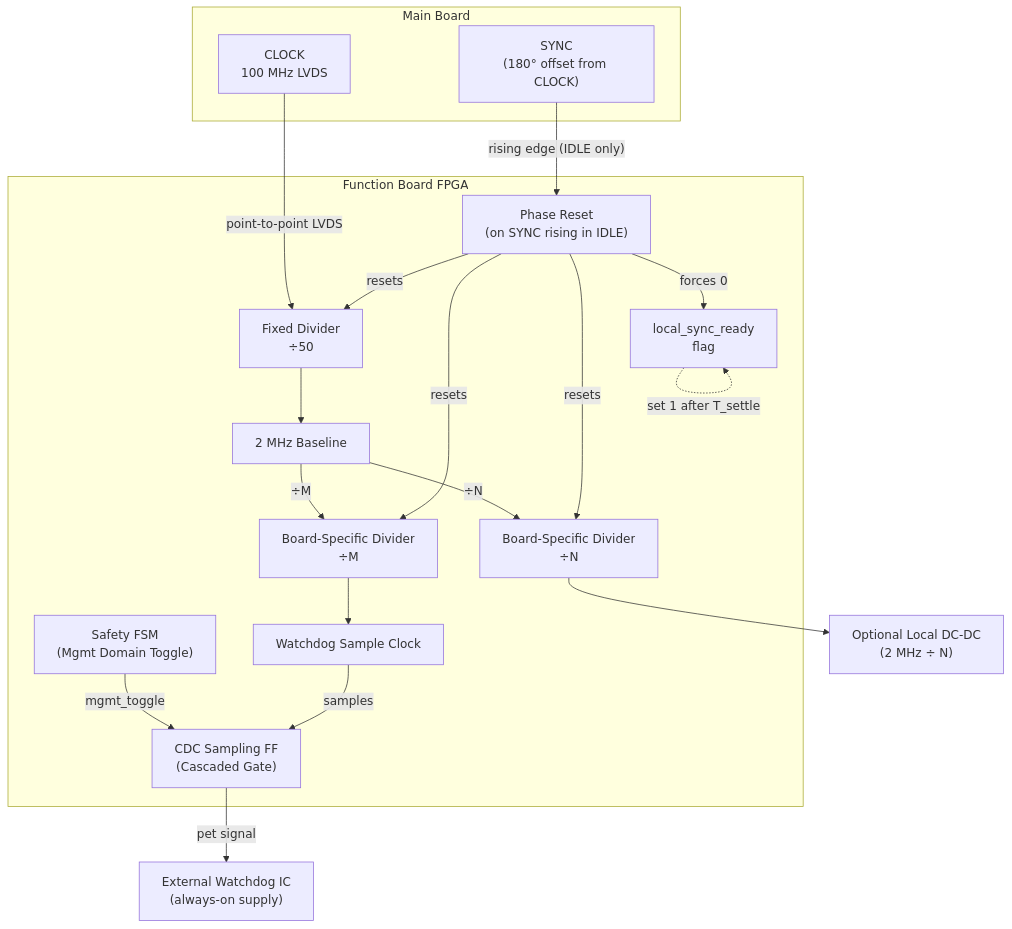
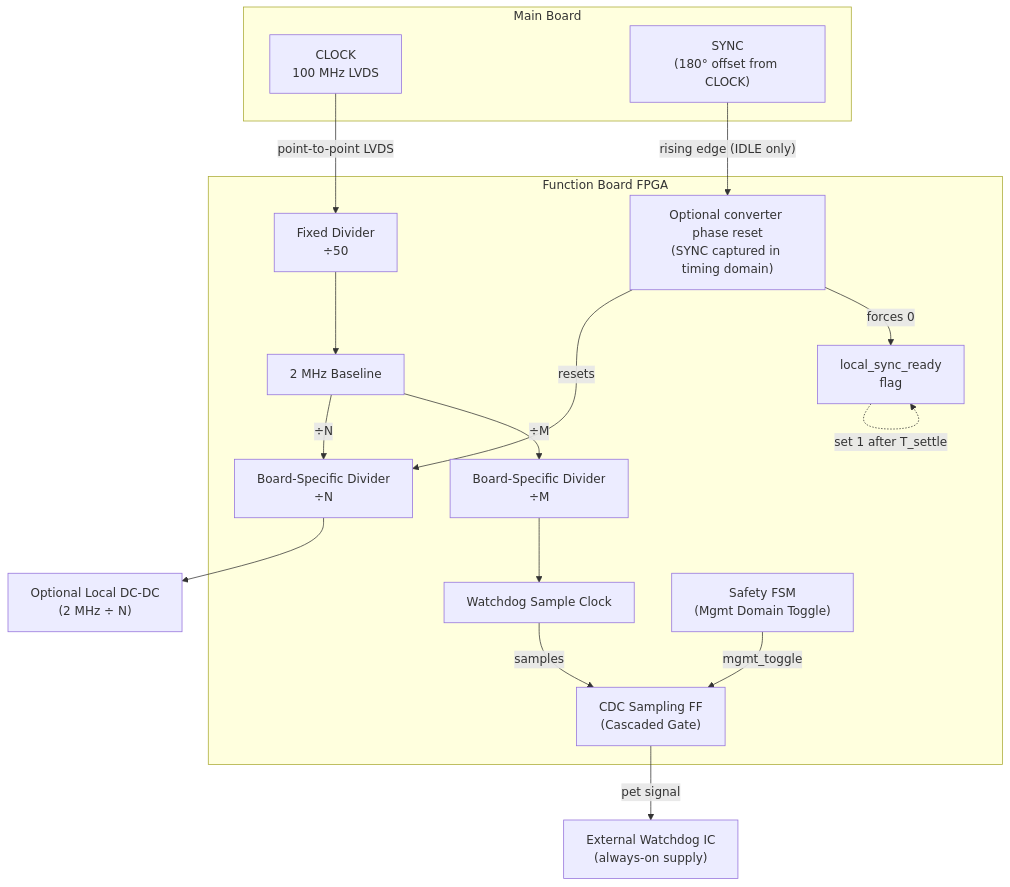
The diagram in decisions/ADR-004_clock_sync_distribution.md (bcancinov/mdc-architecture), drawn with Mermaid before and after one commit. The commit also changed other lines of this file and 11 other files, not shown here.

Commit message:
refine timing, supervision, and power fault architecture

````diff
--- a/decisions/ADR-004_clock_sync_distribution.md
+++ b/decisions/ADR-004_clock_sync_distribution.md
@@ -78,40 +75,38 @@
 ```mermaid
 graph TD
     subgraph main ["Main Board"]
         CLK["CLOCK\n100 MHz LVDS"]
         SYN["SYNC\n(180° offset from CLOCK)"]
     end
 
     subgraph fn ["Function Board FPGA"]
         DIV50["Fixed Divider\n÷50"]
         BASE["2 MHz Baseline"]
         DIV_N["Board-Specific Divider\n÷N"]
         DIV_M["Board-Specific Divider\n÷M"]
         PET_CLK["Watchdog Sample Clock"]
-        RST["Phase Reset\n(on SYNC rising in IDLE)"]
+        RST["Optional converter phase reset\n(SYNC captured in timing domain)"]
         RDY["local_sync_ready\nflag"]
         FSM["Safety FSM\n(Mgmt Domain Toggle)"]
         SAMP["CDC Sampling FF\n(Cascaded Gate)"]
     end
 
     DCDC["Optional Local DC-DC\n(2 MHz ÷ N)"]
     WD["External Watchdog IC\n(always-on supply)"]
 
     CLK -- "point-to-point LVDS" --> DIV50
     DIV50 --> BASE
     BASE -- "÷N" --> DIV_N --> DCDC
     BASE -- "÷M" --> DIV_M --> PET_CLK
 
     %% Cascaded Watchdog Logic
     FSM -- "mgmt_toggle" --> SAMP
     PET_CLK -- "samples" --> SAMP
     SAMP -- "pet signal" --> WD
 
     %% Sync Logic
     SYN -- "rising edge (IDLE only)" --> RST
-    RST -- "resets" --> DIV50
     RST -- "resets" --> DIV_N
-    RST -- "resets" --> DIV_M
     RST -- "forces 0" --> RDY
     RDY -. "set 1 after T_settle" .-> RDY
 ```
````
